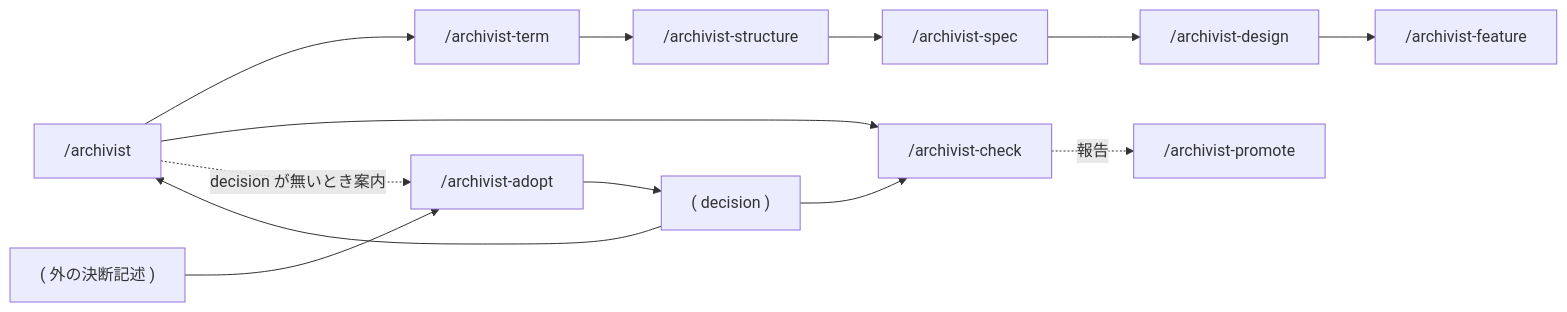
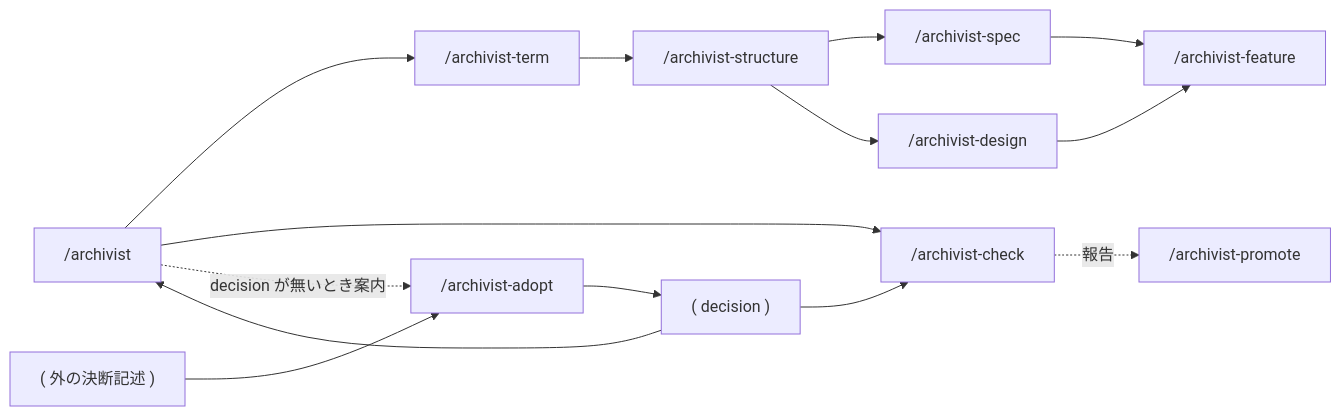
The first of 2 diagrams in docs/archivist/L3_structures/skill-composition.md (gameundwatch/archivist), drawn with Mermaid before and after one commit. The commit also changed other lines of this file and 30 other files, not shown here.

````diff
--- a/docs/archivist/L3_structures/skill-composition.md
+++ b/docs/archivist/L3_structures/skill-composition.md
@@ -9,11 +9,12 @@
 ```mermaid
 flowchart LR
     A["/archivist"]
-    A --> T["/archivist-term"] --> S["/archivist-structure"] --> SP["/archivist-spec"]
-    SP --> D["/archivist-design"] --> F["/archivist-feature"]
+    A --> T["/archivist-term"] --> S["/archivist-structure"]
+    S --> SP["/archivist-spec"] --> F["/archivist-feature"]
+    S --> D["/archivist-design"] --> F
     A --> C["/archivist-check"] -.報告.-> P["/archivist-promote"]
     DEC["( decision )"] --> C
     EXT["( 外の決断記述 )"] --> AD["/archivist-adopt"] --> DEC
     DEC --> A
     A -.decision が無いとき案内.-> AD
 ```
````
